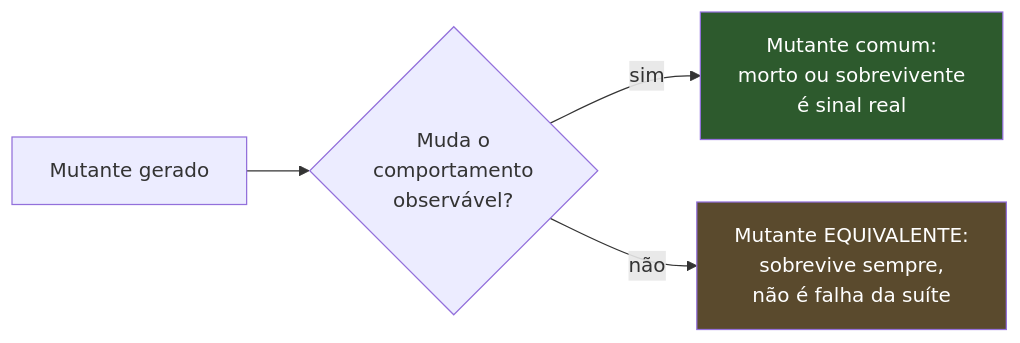
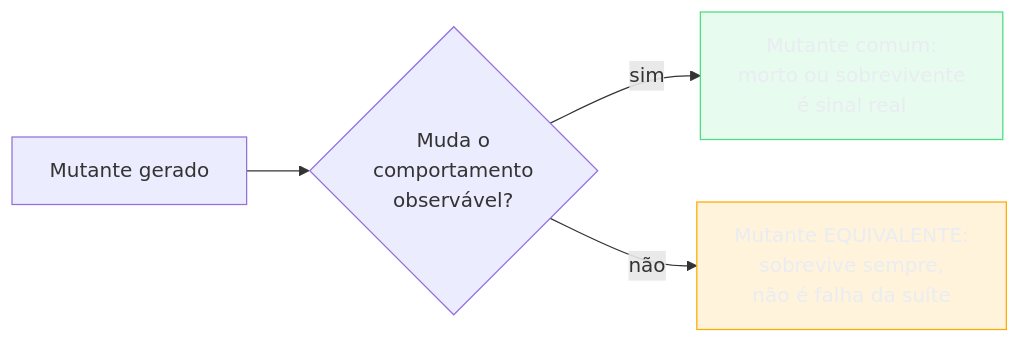
One commit to josenaldo/codex-technomanticus changed the fifth of 6 diagrams in 03-Dominios/Engenharia/Testes/12 - Coverage e mutation testing.md. Above: the diagram before and after it, drawn with Mermaid. The commit also changed other lines of this file and 1181 other files, not shown here.

First line of the commit message:
fix(diagramas): paleta do sistema no lugar de cor cravada no markdown

````diff
--- a/03-Dominios/Engenharia/Testes/12 - Coverage e mutation testing.md
+++ b/03-Dominios/Engenharia/Testes/12 - Coverage e mutation testing.md
@@ -315,9 +325,11 @@
 ```mermaid
 flowchart LR
+    classDef ok fill:#4ADE8021,stroke:#4ADE80,color:#E9ECF2
+    classDef destaque fill:#FFAA0024,stroke:#FFAA00,color:#E9ECF2
     A["Mutante gerado"] --> B{"Muda o<br/>comportamento<br/>observável?"}
     B -->|"sim"| C["Mutante comum:<br/>morto ou sobrevivente<br/>é sinal real"]
     B -->|"não"| D["Mutante EQUIVALENTE:<br/>sobrevive sempre,<br/>não é falha da suíte"]
 
-    style C fill:#2d5a2d,color:#fff
-    style D fill:#5a4a2d,color:#fff
+    class C ok
+    class D destaque
 ```
````
